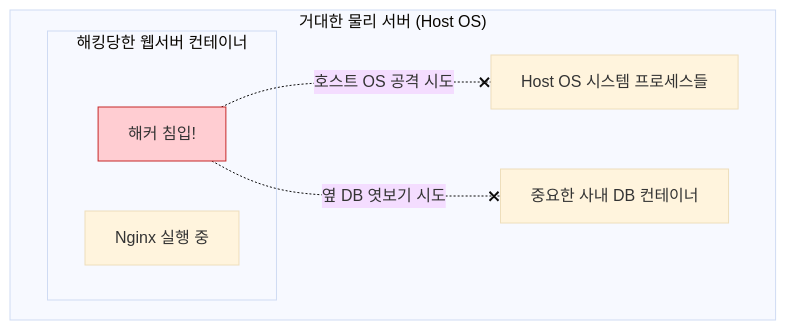
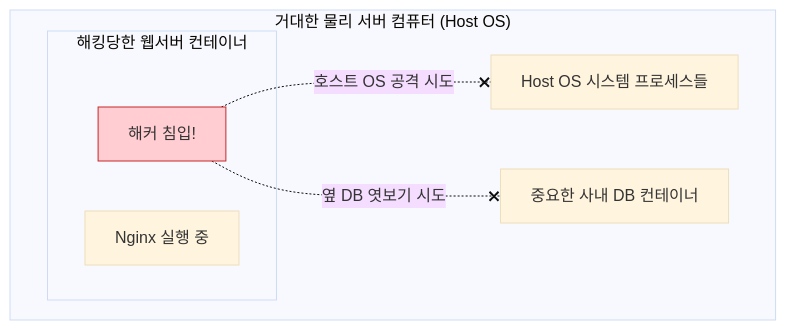
The second of 2 diagrams in Chapter_7_Docker_Engine_Storage_Networking/21_Chapter7_1_Docker_Engine.md (shinwokkang/Docker), drawn with Mermaid (base theme) before and after one commit. The commit also changed other lines of this file and 1 other file, not shown here.

Commit message:
docs: Deep dive into containerd/runc usage, zero-downtime architecture, remote Docker security, and Namespace runtime isolation

````diff
--- a/Chapter_7_Docker_Engine_Storage_Networking/21_Chapter7_1_Docker_Engine.md
+++ b/Chapter_7_Docker_Engine_Storage_Networking/21_Chapter7_1_Docker_Engine.md
@@ -91,19 +91,19 @@
 ```mermaid
 graph TD
-    subgraph "거대한 물리 서버 (Host OS)"
+    subgraph "거대한 물리 서버 컴퓨터 (Host OS)"
         HostOS[Host OS 시스템 프로세스들]
         DB[중요한 사내 DB 컨테이너]
         
         subgraph "해킹당한 웹서버 컨테이너"
             Hacker[해커 침입!]
             Nginx[Nginx 실행 중]
         end
         
         Hacker -. "호스트 OS 공격 시도" .-x HostOS
         Hacker -. "옆 DB 엿보기 시도" .-x DB
         
         style Hacker fill:#ffcdd2,stroke:#c62828
     end
     
-    %% X 표시는 차단을 의미
+    %% X 표시는 시야가 차단되어 접근조차 불가함을 의미
 ```
````
